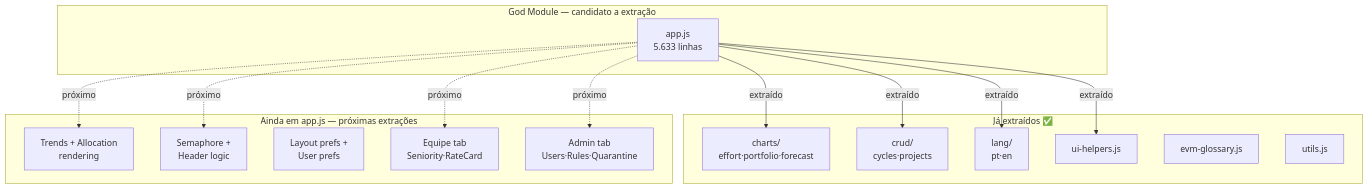
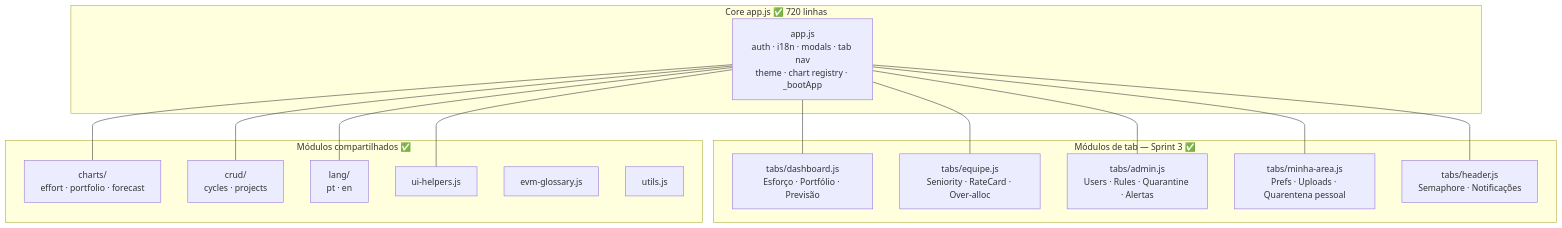
The third of 8 diagrams in docs/MASTER-AUDIT.md (RtaSistemas/PMAS), drawn with Mermaid before and after one commit. The commit also changed other lines of this file and 6 other files, not shown here.

````diff
--- a/docs/MASTER-AUDIT.md
+++ b/docs/MASTER-AUDIT.md
@@ -356,29 +356,30 @@
 ```mermaid
 graph TD
-    subgraph "God Module — candidato a extração"
-        APP[app.js\n5.633 linhas]
+    subgraph "Core app.js ✅ 720 linhas"
+        APP[app.js\nauth · i18n · modals · tab nav\ntheme · chart registry · _bootApp]
     end
-    subgraph "Já extraídos ✅"
-        CH[charts/\neffort·portfolio·forecast]
-        CR[crud/\ncycles·projects]
-        LG[lang/\npt·en]
+    subgraph "Módulos de tab — Sprint 3 ✅"
+        DA[tabs/dashboard.js\nEsforço · Portfólio · Previsão]
+        EQ[tabs/equipe.js\nSeniority · RateCard · Over-alloc]
+        AD[tabs/admin.js\nUsers · Rules · Quarantine · Alertas]
+        MA[tabs/minha-area.js\nPrefs · Uploads · Quarentena pessoal]
+        HD[tabs/header.js\nSemaphore · Notificações]
+    end
+    subgraph "Módulos compartilhados ✅"
+        CH[charts/\neffort · portfolio · forecast]
+        CR[crud/\ncycles · projects]
+        LG[lang/\npt · en]
         UH[ui-helpers.js]
         EG[evm-glossary.js]
         UT[utils.js]
     end
-    subgraph "Ainda em app.js — próximas extrações"
-        TL[Trends + Allocation\nrendering]
-        SA[Semaphore +\nHeader logic]
-        LY[Layout prefs +\nUser prefs]
-        TE[Equipe tab\nSeniority·RateCard]
-        AD[Admin tab\nUsers·Rules·Quarantine]
-    end
-    APP -->|extraído| CH
-    APP -->|extraído| CR
-    APP -->|extraído| LG
-    APP -->|extraído| UH
-    APP -.->|próximo| TL
-    APP -.->|próximo| SA
-    APP -.->|próximo| TE
-    APP -.->|próximo| AD
+    APP --- DA
+    APP --- EQ
+    APP --- AD
+    APP --- MA
+    APP --- HD
+    APP --- CH
+    APP --- CR
+    APP --- LG
+    APP --- UH
 ```
````
